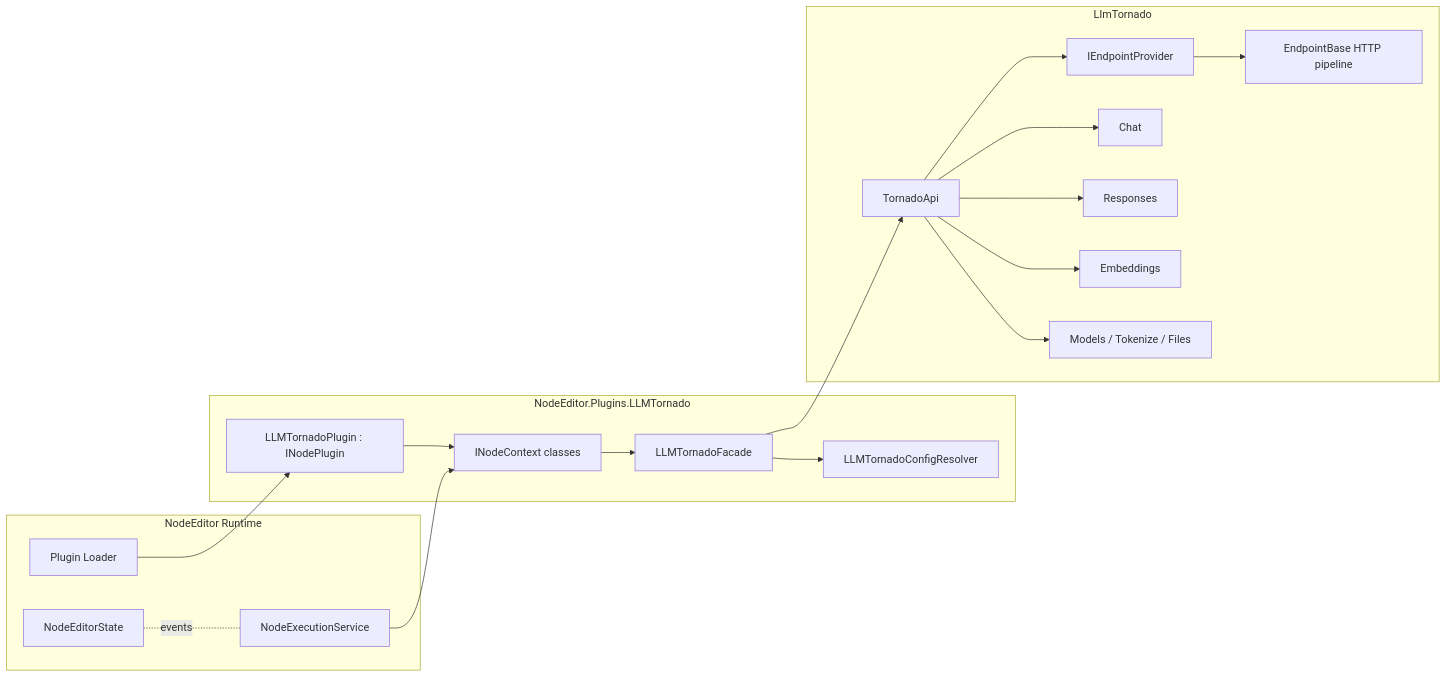
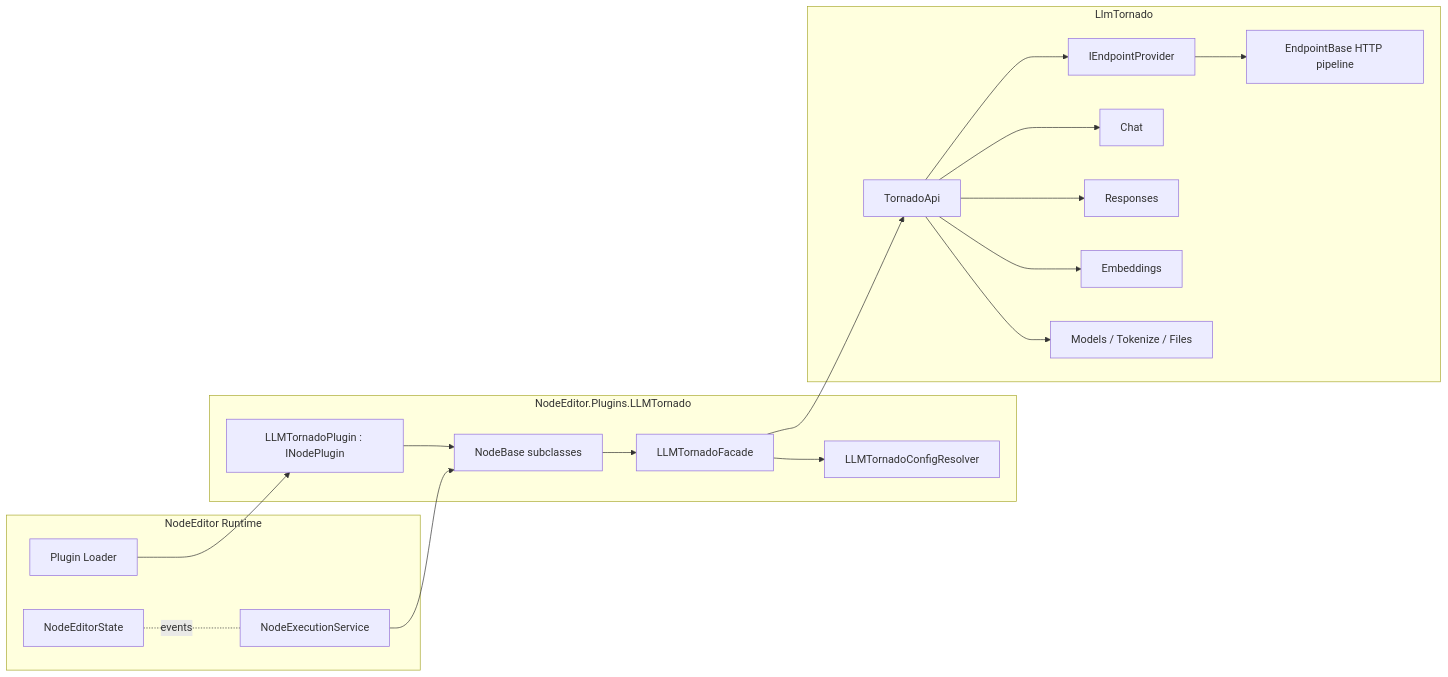
The diagram in NodeEditor.Plugins.LLMTornado/DESIGN.md (Johnny2x2/NodeEditor.Net), drawn with Mermaid before and after one commit. The commit also changed other lines of this file and 20 other files, not shown here.

````diff
--- a/NodeEditor.Plugins.LLMTornado/DESIGN.md
+++ b/NodeEditor.Plugins.LLMTornado/DESIGN.md
@@ -66,39 +66,39 @@
 ```mermaid
 flowchart LR
     subgraph Editor[NodeEditor Runtime]
       NS[NodeEditorState]
       EX[NodeExecutionService]
       PL[Plugin Loader]
     end
 
     subgraph Plugin[NodeEditor.Plugins.LLMTornado]
       P[LLMTornadoPlugin : INodePlugin]
-      Ctx[INodeContext classes]
+      Ctx[NodeBase subclasses]
       Facade[LLMTornadoFacade]
       Cfg[LLMTornadoConfigResolver]
     end
 
     subgraph Backend[LlmTornado]
       TA[TornadoApi]
       EP[IEndpointProvider]
       CB[EndpointBase HTTP pipeline]
       E1[Chat]
       E2[Responses]
       E3[Embeddings]
       E4[Models / Tokenize / Files]
     end
 
     PL --> P
     P --> Ctx
     Ctx --> Facade
     Facade --> Cfg
     Facade --> TA
     TA --> EP
     EP --> CB
     TA --> E1
     TA --> E2
     TA --> E3
     TA --> E4
     EX --> Ctx
     NS -. events .- EX
 ```
````
